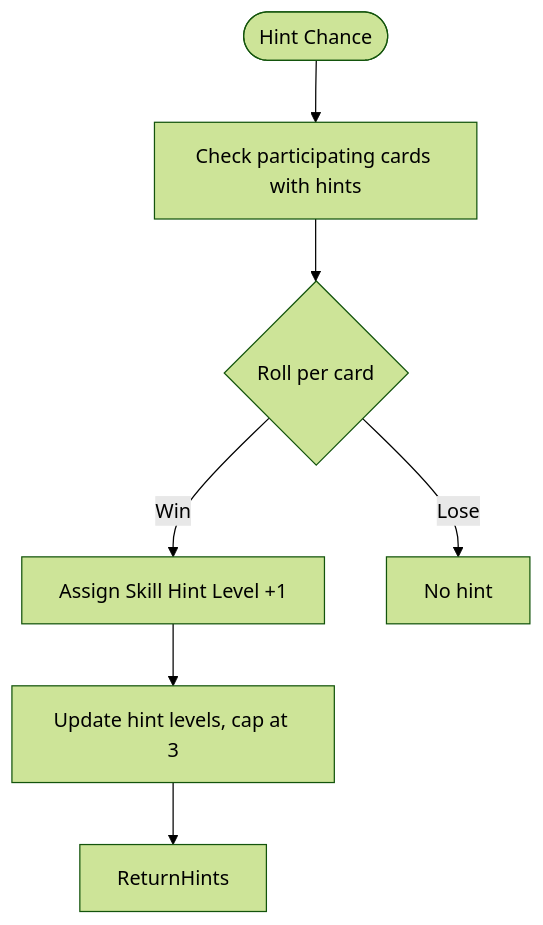
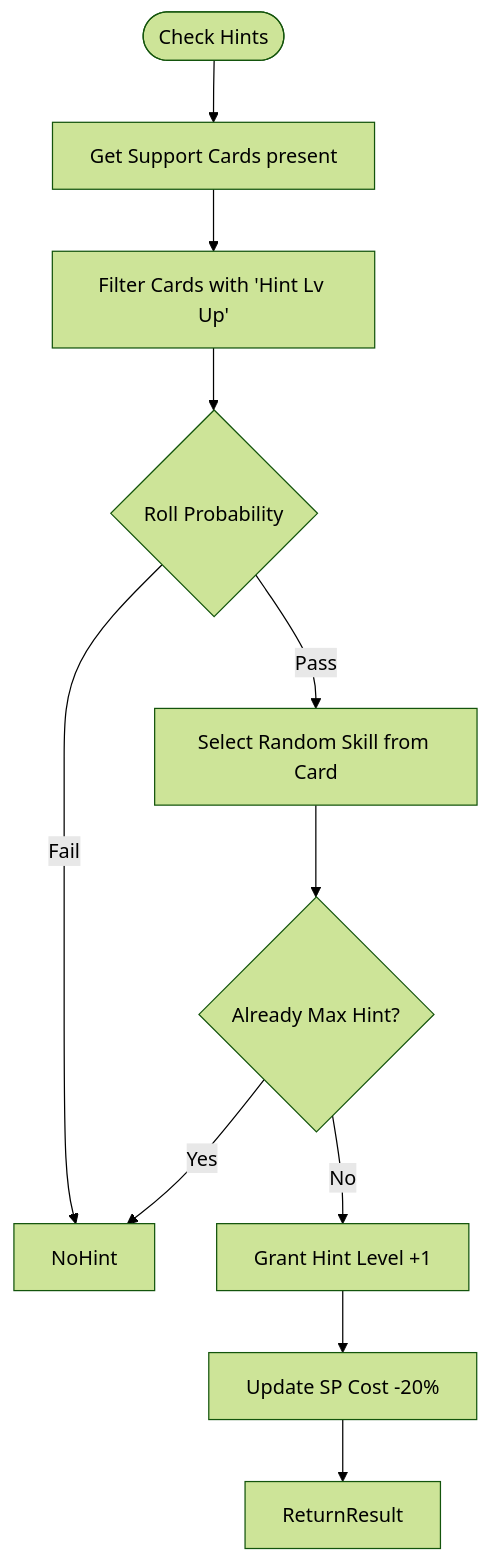
The sixth of 6 diagrams in docs/01-flows/FLOW-002_Training_Optimization_System.md (exatfrds67/umamusume-career-planner), drawn with Mermaid (forest theme) before and after one commit. The commit also changed other lines of this file and 67 other files, not shown here.

````diff
--- a/docs/01-flows/FLOW-002_Training_Optimization_System.md
+++ b/docs/01-flows/FLOW-002_Training_Optimization_System.md
@@ -75,9 +164,17 @@
 ```mermaid
 flowchart TD
-    Start([Hint Chance]) --> CheckParticipants[Check participating cards with hints]
-    CheckParticipants --> RollHint{Roll per card}
-    RollHint -->|Win| AssignHint[Assign Skill Hint Level +1]
-    RollHint -->|Lose| NoHint[No hint]
-    AssignHint --> UpdateHintState[Update hint levels, cap at 3]
-    UpdateHintState --> ReturnHints
+    Start([Check Hints]) --> GetParticipants[Get Support Cards present]
+    
+    GetParticipants --> FilterHints[Filter Cards with 'Hint Lv Up']
+    
+    FilterHints --> Roll{Roll Probability}
+    Roll -->|Pass| SelectSkill[Select Random Skill from Card]
+    Roll -->|Fail| NoHint
+    
+    SelectSkill --> CheckOwned{Already Max Hint?}
+    CheckOwned -->|Yes| NoHint
+    CheckOwned -->|No| GrantHint[Grant Hint Level +1]
+    
+    GrantHint --> ReduceCost[Update SP Cost -20%]
+    ReduceCost --> ReturnResult
 ```
````
